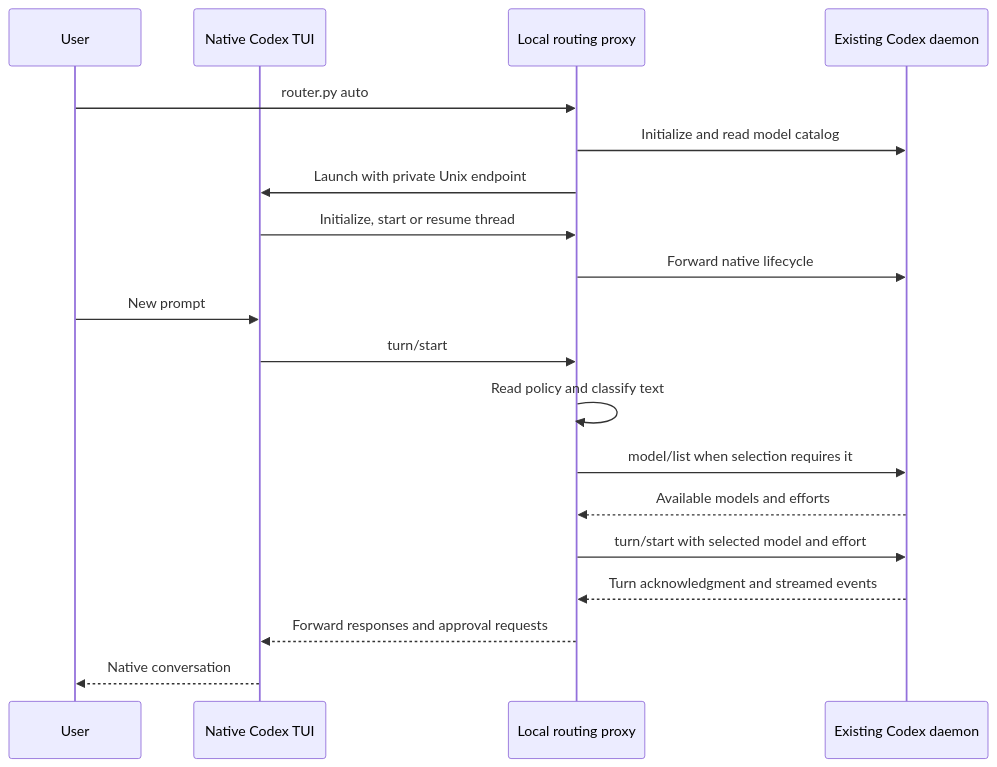
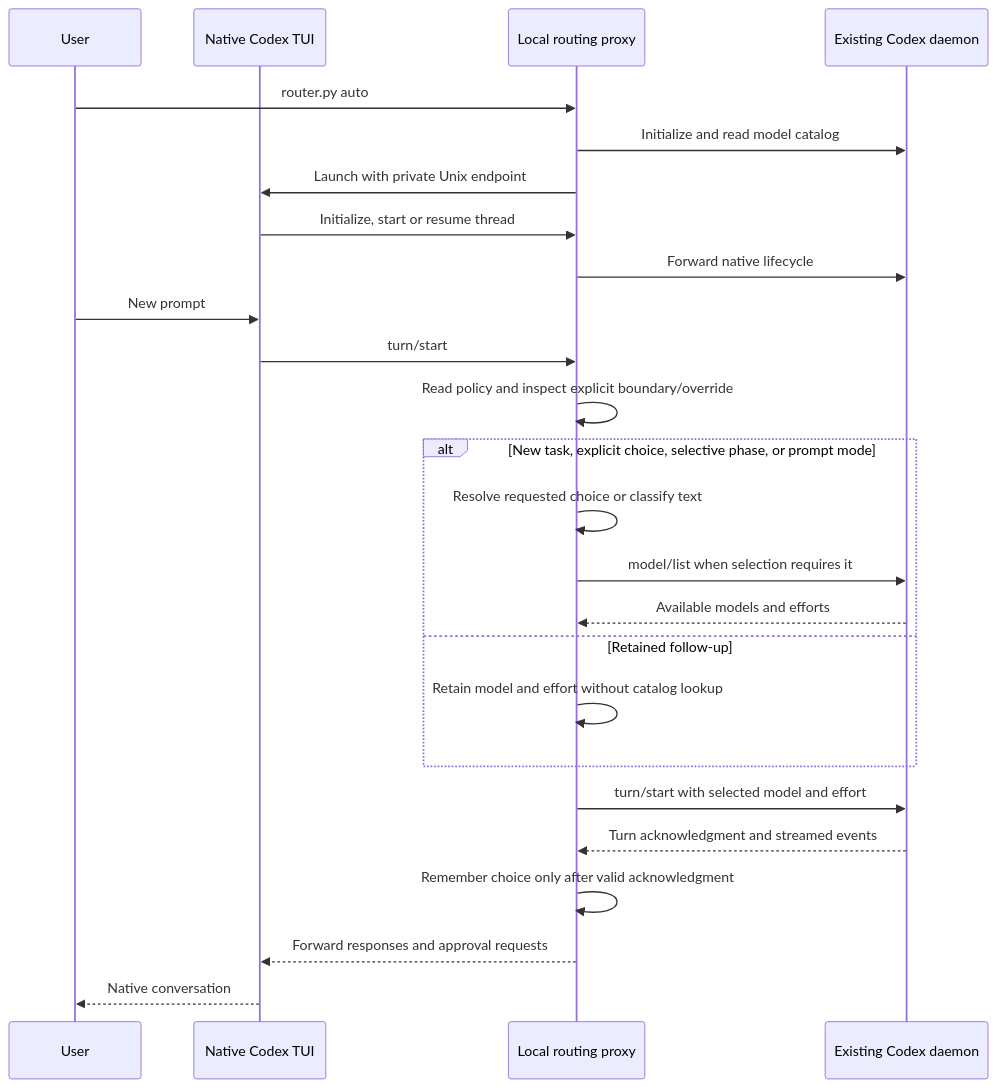
The diagram in docs/architecture.md (Shrinidhikulkarni7/codex-task-router), drawn with Mermaid before and after one commit. The commit also changed other lines of this file and 19 other files, not shown here.

````diff
--- a/docs/architecture.md
+++ b/docs/architecture.md
@@ -7,21 +7,27 @@
 ```mermaid
 sequenceDiagram
     participant User
     participant TUI as Native Codex TUI
     participant Proxy as Local routing proxy
     participant Daemon as Existing Codex daemon
     User->>Proxy: router.py auto
     Proxy->>Daemon: Initialize and read model catalog
     Proxy->>TUI: Launch with private Unix endpoint
     TUI->>Proxy: Initialize, start or resume thread
     Proxy->>Daemon: Forward native lifecycle
     User->>TUI: New prompt
     TUI->>Proxy: turn/start
-    Proxy->>Proxy: Read policy and classify text
-    Proxy->>Daemon: model/list when selection requires it
-    Daemon-->>Proxy: Available models and efforts
+    Proxy->>Proxy: Read policy and inspect explicit boundary/override
+    alt New task, explicit choice, selective phase, or prompt mode
+        Proxy->>Proxy: Resolve requested choice or classify text
+        Proxy->>Daemon: model/list when selection requires it
+        Daemon-->>Proxy: Available models and efforts
+    else Retained follow-up
+        Proxy->>Proxy: Retain model and effort without catalog lookup
+    end
     Proxy->>Daemon: turn/start with selected model and effort
     Daemon-->>Proxy: Turn acknowledgment and streamed events
+    Proxy->>Proxy: Remember choice only after valid acknowledgment
     Proxy-->>TUI: Forward responses and approval requests
     TUI-->>User: Native conversation
 ```
````
